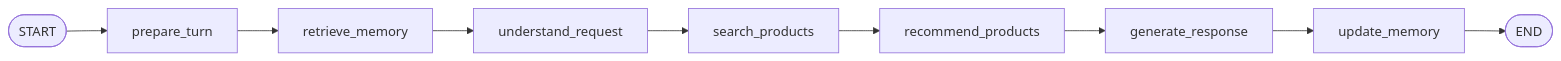
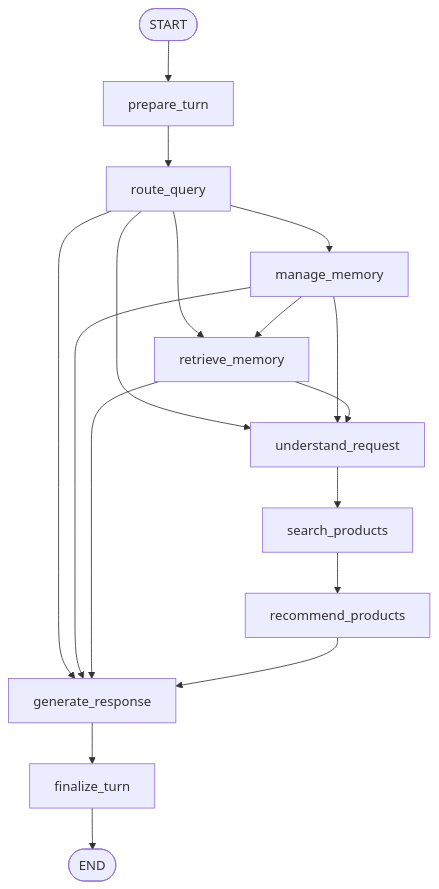
The diagram in docs/explanations/langgraph_workflow.md (psbuilds/retail-mem0-poc), drawn with Mermaid before and after one commit. The commit also changed other lines of this file and 56 other files, not shown here.

Commit message:
Added a jev based query routing node, and modifed the langgraph flow accordingly to prodeuce better tailored responses and to invoke mcp/api only when the user query demands it without invoking in each call

````diff
--- a/docs/explanations/langgraph_workflow.md
+++ b/docs/explanations/langgraph_workflow.md
@@ -12,11 +12,19 @@
 ```mermaid
-flowchart LR
-    A[prepare_turn] --> B[retrieve_memory]
-    B --> C[understand_request]
-    C --> D[search_products]
-    D --> E[recommend_products]
-    E --> F[generate_response]
-    F --> G[update_memory]
-    G --> H([END])
-    S([START]) --> A
+flowchart TD
+    S([START]) --> P[prepare_turn]
+    P --> R[route_query]
+    R --> MM[manage_memory]
+    R --> RM[retrieve_memory]
+    R --> U[understand_request]
+    R --> G[generate_response]
+    MM --> RM
+    MM --> U
+    MM --> G
+    RM --> U
+    RM --> G
+    U --> SP[search_products]
+    SP --> RP[recommend_products]
+    RP --> G
+    G --> F[finalize_turn]
+    F --> E([END])
 ```
````
